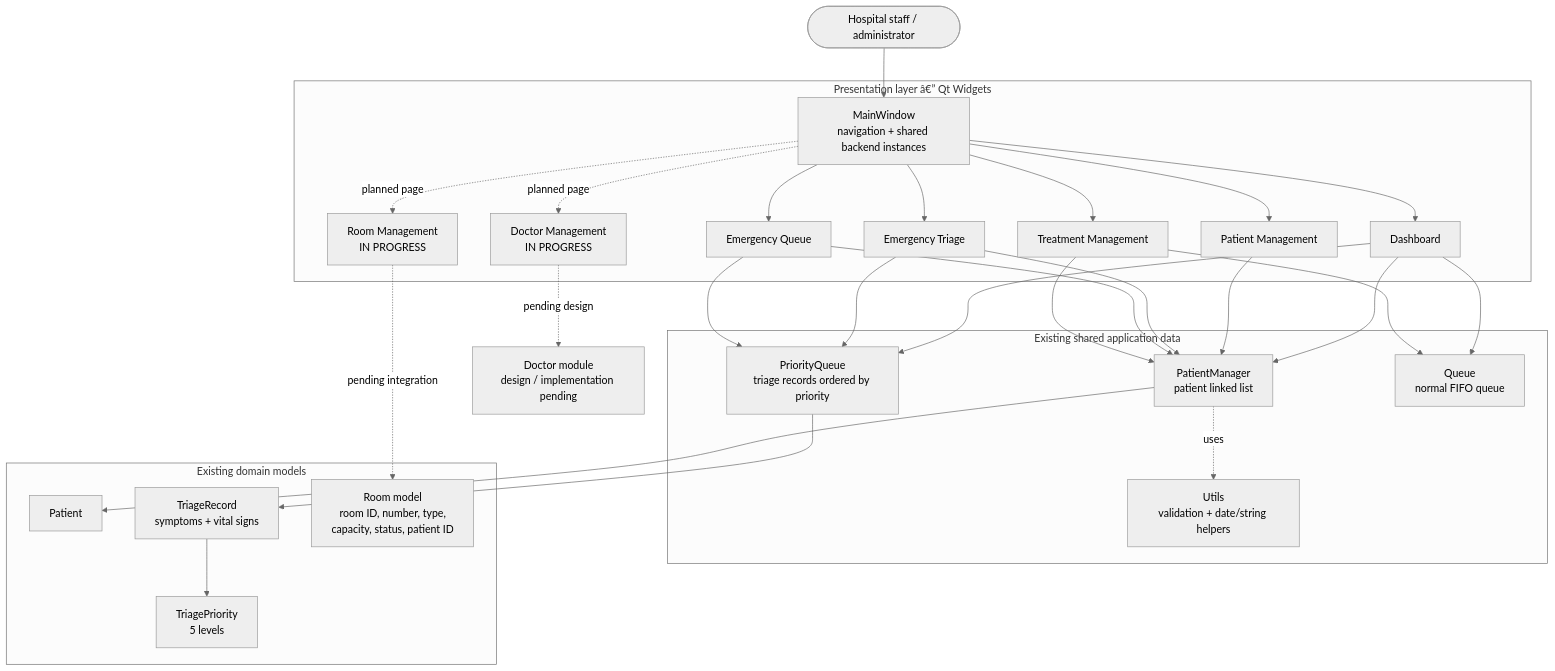
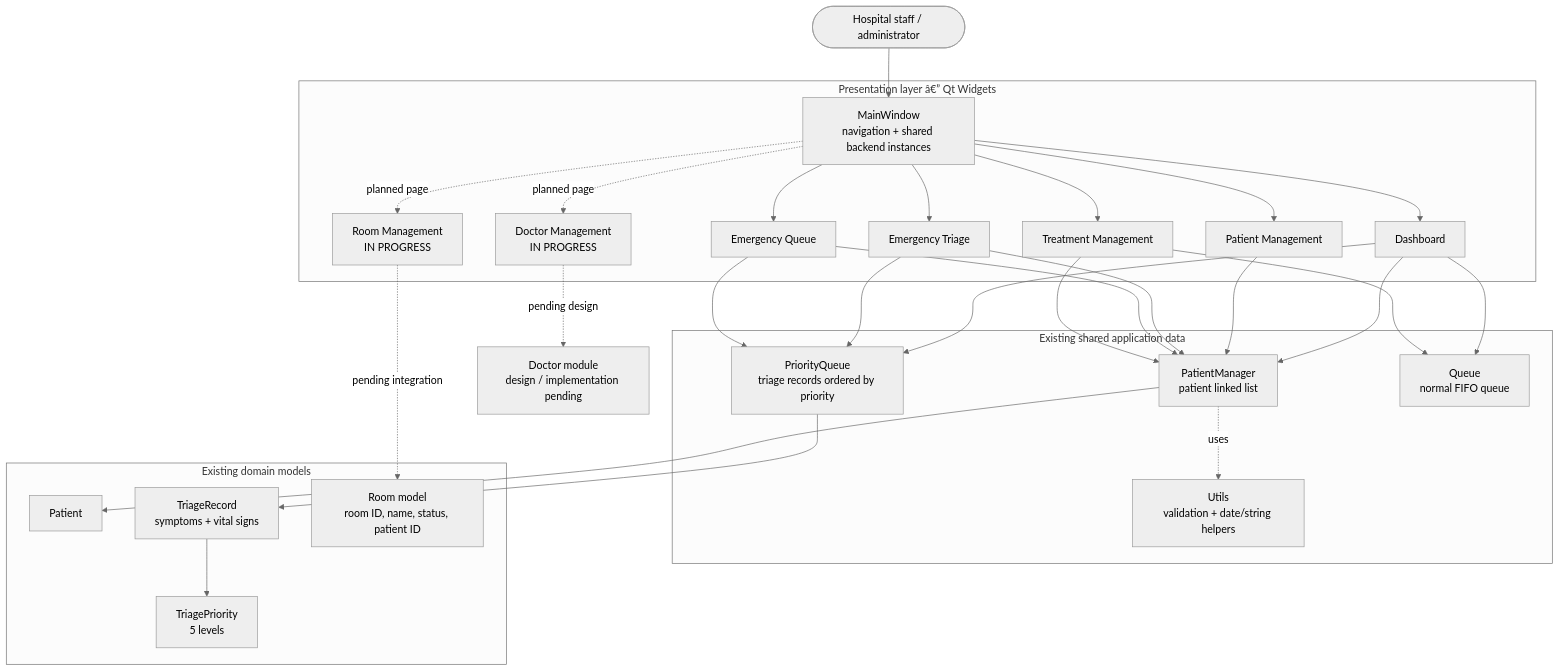
The diagram in readme.md (avchour/Hospital-Emergency), drawn with Mermaid (neutral theme) before and after one commit.

````diff
--- a/readme.md
+++ b/readme.md
@@ -9,58 +9,58 @@
 ```mermaid
 flowchart TB
     Staff([Hospital staff / administrator])
 
     subgraph UI["Presentation layer â€” Qt Widgets"]
         Main["MainWindow<br/>navigation + shared backend instances"]
         Dashboard["Dashboard"]
         PatientUI["Patient Management"]
         TriageUI["Emergency Triage"]
         EmergencyUI["Emergency Queue"]
         TreatmentUI["Treatment Management"]
         DoctorUI["Doctor Management<br/>IN PROGRESS"]
         RoomUI["Room Management<br/>IN PROGRESS"]
 
         Main --> Dashboard
         Main --> PatientUI
         Main --> TriageUI
         Main --> EmergencyUI
         Main --> TreatmentUI
         Main -. planned page .-> DoctorUI
         Main -. planned page .-> RoomUI
     end
 
     subgraph Core["Existing shared application data"]
         PM["PatientManager<br/>patient linked list"]
         PQ["PriorityQueue<br/>triage records ordered by priority"]
         NQ["Queue<br/>normal FIFO queue"]
         Utils["Utils<br/>validation + date/string helpers"]
     end
 
     subgraph Domain["Existing domain models"]
         Patient["Patient"]
         Triage["TriageRecord<br/>symptoms + vital signs"]
         Priority["TriagePriority<br/>5 levels"]
-        Room["Room model<br/>room ID, number, type,<br/>capacity, status, patient ID"]
+        Room["Room model<br/>room ID, name, status, patient ID"]
     end
 
     DoctorModule["Doctor module<br/>design / implementation pending"]
 
     Staff --> Main
     Dashboard --> PM
     Dashboard --> PQ
     Dashboard --> NQ
     PatientUI --> PM
     TriageUI --> PM
     TriageUI --> PQ
     EmergencyUI --> PM
     EmergencyUI --> PQ
     TreatmentUI --> PM
     TreatmentUI --> NQ
     PM --> Patient
     PQ --> Triage
     Triage --> Priority
 
     RoomUI -. pending integration .-> Room
     DoctorUI -. pending design .-> DoctorModule
     PM -. uses .-> Utils
 ```
````
